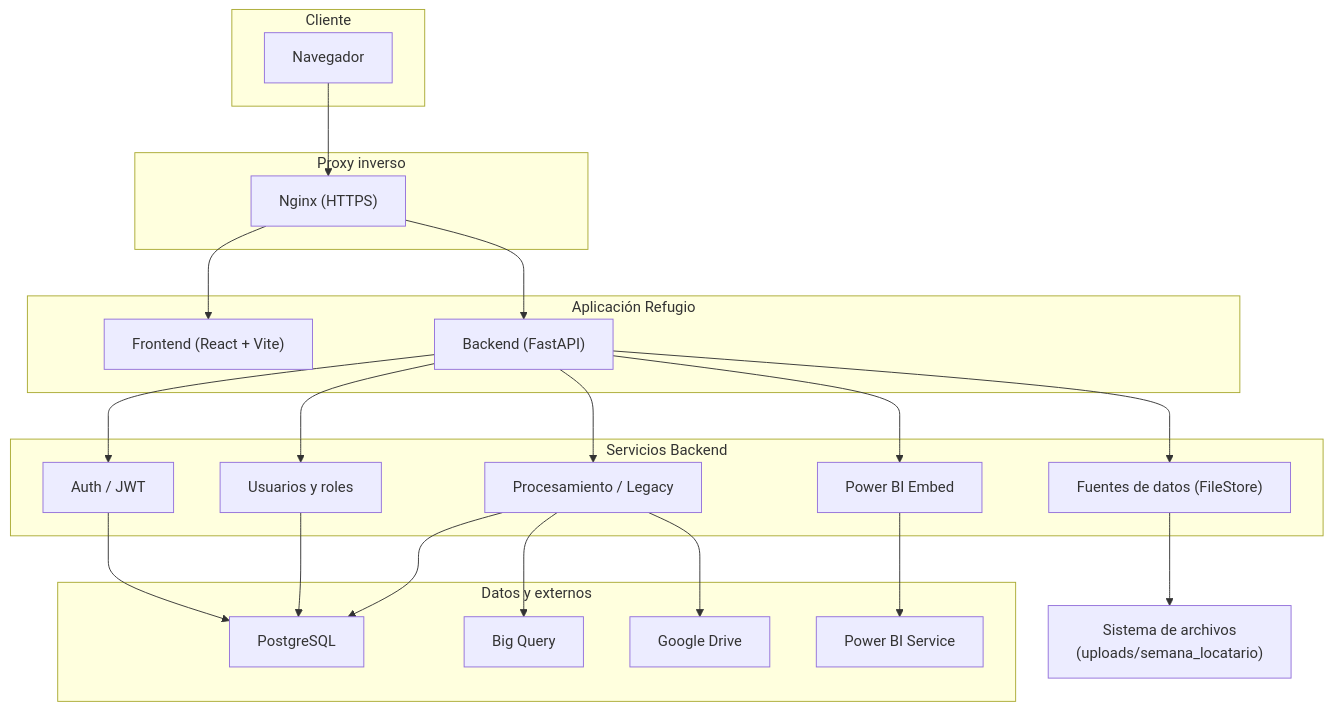
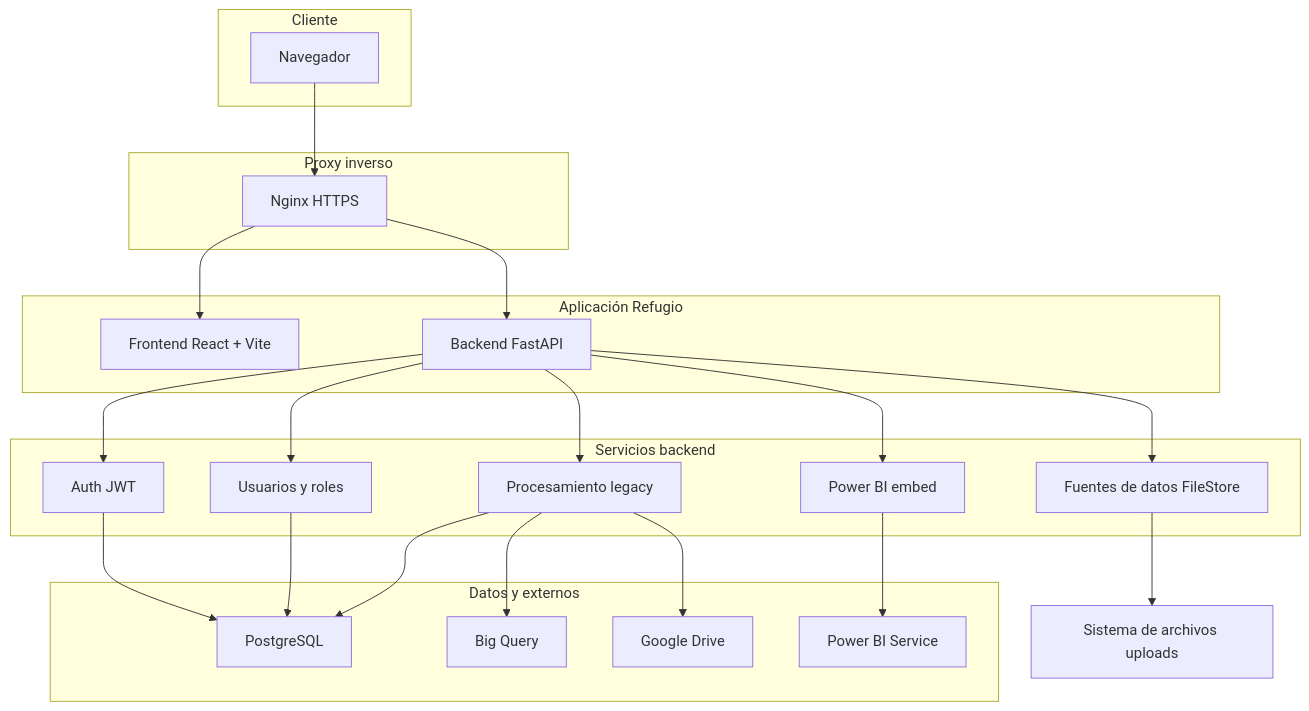
One commit to germanhyt/procesamiento_automatizado_refugio_prod001 changed the diagram in README.md. Above: the diagram before and after it, drawn with Mermaid. The commit also changed other lines of this file and 129 other files, not shown here.

````diff
--- a/README.md
+++ b/README.md
@@ -18,46 +34,46 @@
 ```mermaid
 flowchart TB
     subgraph Client["Cliente"]
         Browser["Navegador"]
     end
 
     subgraph Proxy["Proxy inverso"]
-        Nginx["Nginx (HTTPS)"]
+        Nginx["Nginx HTTPS"]
     end
 
     subgraph App["Aplicación Refugio"]
-        Frontend["Frontend (React + Vite)"]
-        Backend["Backend (FastAPI)"]
+        Frontend["Frontend React + Vite"]
+        Backend["Backend FastAPI"]
     end
 
-    subgraph BackendServices["Servicios Backend"]
-        Auth["Auth / JWT"]
-        Procesamiento["Procesamiento / Legacy"]
-        Fuentes["Fuentes de datos (FileStore)"]
+    subgraph BackendServices["Servicios backend"]
+        Auth["Auth JWT"]
+        Procesamiento["Procesamiento legacy"]
+        Fuentes["Fuentes de datos FileStore"]
         UsersRoles["Usuarios y roles"]
-        PowerBI["Power BI Embed"]
+        PowerBI["Power BI embed"]
     end
 
     subgraph Data["Datos y externos"]
         Postgres["PostgreSQL"]
         BQ["Big Query"]
         GDrive["Google Drive"]
         PBI["Power BI Service"]
     end
 
     Browser --> Nginx
     Nginx --> Frontend
     Nginx --> Backend
     Backend --> Auth
     Backend --> Procesamiento
     Backend --> Fuentes
     Backend --> UsersRoles
     Backend --> PowerBI
     Auth --> Postgres
     UsersRoles --> Postgres
     Procesamiento --> Postgres
     Procesamiento --> BQ
     Procesamiento --> GDrive
-    Fuentes --> FileSystem["Sistema de archivos\n(uploads/semana_locatario)"]
+    Fuentes --> FileSystem["Sistema de archivos uploads"]
     PowerBI --> PBI
 ```
````
